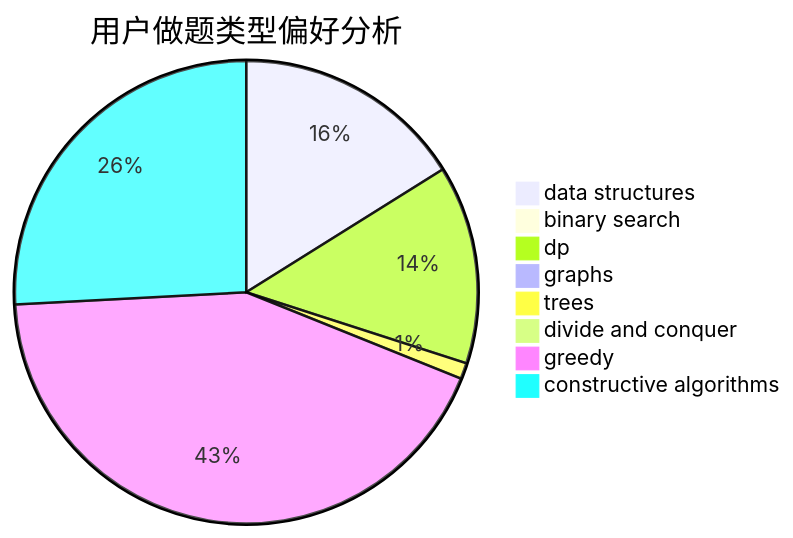
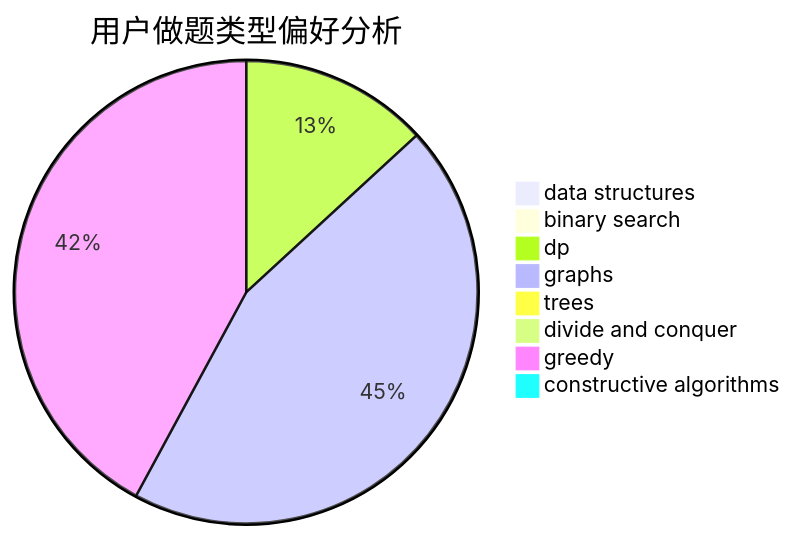
One commit to sherpahu/cfrs.github.io changed the second of 3 diagrams in docs/user/u1868.md. Above: the diagram before and after it, drawn with Mermaid. The commit also changed other lines of this file and 2770 other files, not shown here.

````diff
--- a/docs/user/u1868.md
+++ b/docs/user/u1868.md
@@ -23,11 +23,11 @@
 ```mermaid
 pie title 用户做题类型偏好分析
-    "data structures" :  43
+    "data structures" :  0
     "binary search" :  0
-    "dp" :  37
-    "graphs" :  0
-    "trees" :  3
+    "dp" :  5
+    "graphs" :  17
+    "trees" :  0
     "divide and conquer" :  0
-    "greedy" :  115
-    "constructive algorithms" :  69
+    "greedy" :  16
+    "constructive algorithms" :  0
 ```
````
